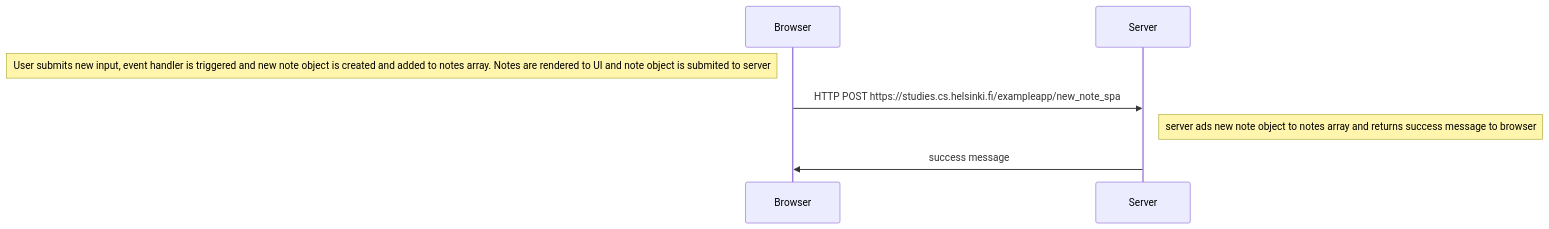
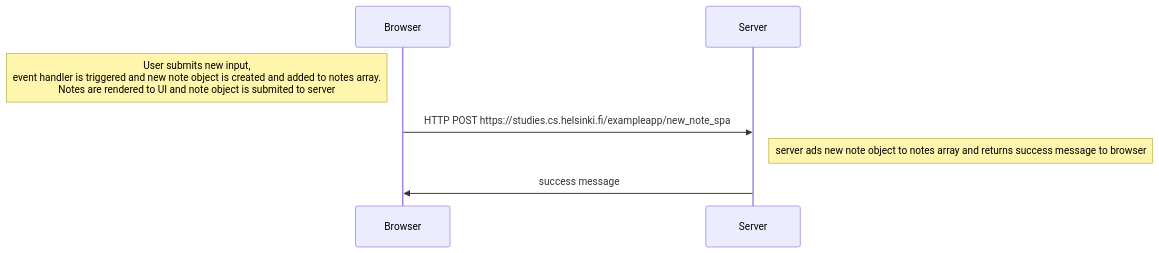
Before and after one commit to hadzistancic/fullStackOpen: the diagram in part0/0.6:spa_new_note.MD, drawn with Mermaid.

````diff
--- a/part0/0.6:spa_new_note.MD
+++ b/part0/0.6:spa_new_note.MD
@@ -1,9 +1,9 @@
 ```mermaid
 sequenceDiagram
     participant Browser
     participant Server
-    note left of Browser: User submits new input, event handler is triggered and new note object is created and added to notes array. Notes are rendered to UI and note object is submited to server
+    note left of Browser: User submits new input,<br>event handler is triggered and new note object is created and added to notes array. <br>Notes are rendered to UI and note object is submited to server
     Browser->>Server: HTTP POST https://studies.cs.helsinki.fi/exampleapp/new_note_spa
     note right of Server: server ads new note object to notes array and returns success message to browser
     Server->>Browser: success message
 ```
````
